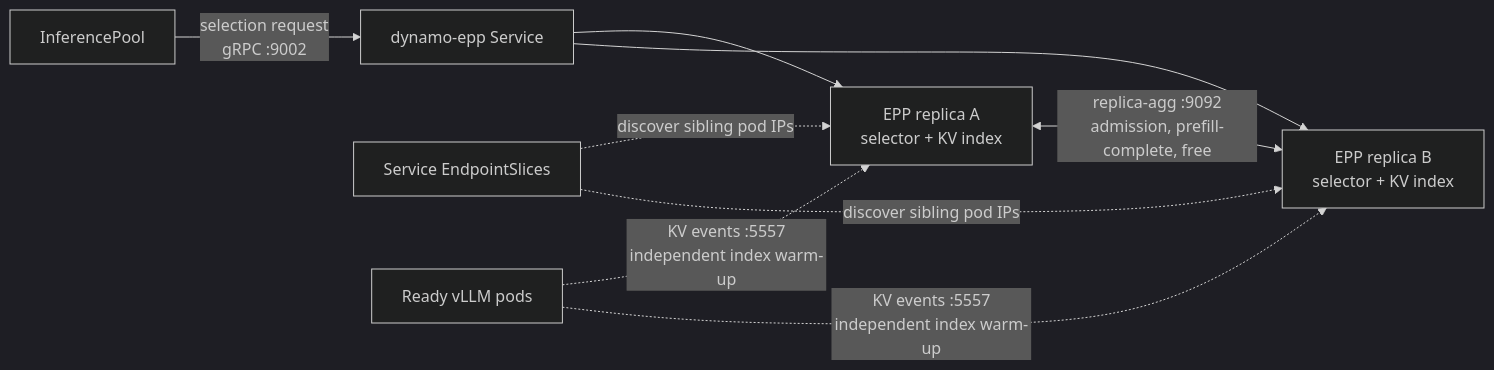
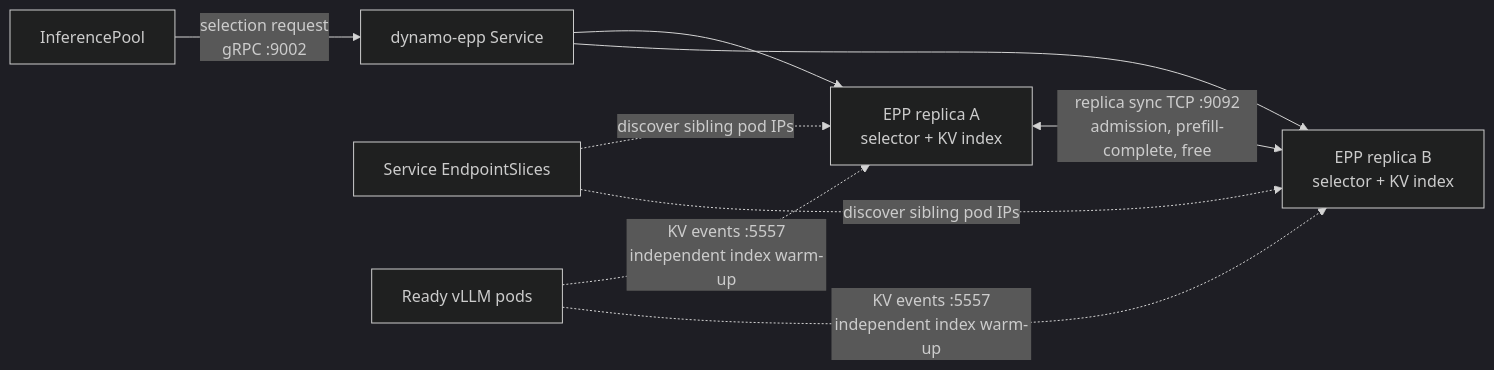
One commit to ai-dynamo/dynamo changed the second of 2 diagrams in fern/pages-dev/kubernetes/kv-aware-routing/vanilla-vllm-onramp.mdx. Above: the diagram before and after it, drawn with Mermaid (dark theme). The commit also changed other lines of this file and 1 other file, not shown here.

First line of the commit message:
docs(fern): sync dev from main

````diff
--- a/fern/pages-dev/kubernetes/kv-aware-routing/vanilla-vllm-onramp.mdx
+++ b/fern/pages-dev/kubernetes/kv-aware-routing/vanilla-vllm-onramp.mdx
@@ -467,11 +469,11 @@
 ```mermaid
 flowchart LR
     Pool["InferencePool"] -->|"selection request<br/>gRPC :9002"| Service["dynamo-epp Service"]
     Service --> ReplicaA["EPP replica A<br/>selector + KV index"]
     Service --> ReplicaB["EPP replica B<br/>selector + KV index"]
     Slices["Service EndpointSlices"] -. "discover sibling pod IPs" .-> ReplicaA
     Slices -. "discover sibling pod IPs" .-> ReplicaB
     Workers["Ready vLLM pods"] -. "KV events :5557<br/>independent index warm-up" .-> ReplicaA
     Workers -. "KV events :5557<br/>independent index warm-up" .-> ReplicaB
-    ReplicaA <-->|"replica-agg :9092<br/>admission, prefill-complete, free"| ReplicaB
+    ReplicaA <-->|"replica sync TCP :9092<br/>admission, prefill-complete, free"| ReplicaB
 ```
````
